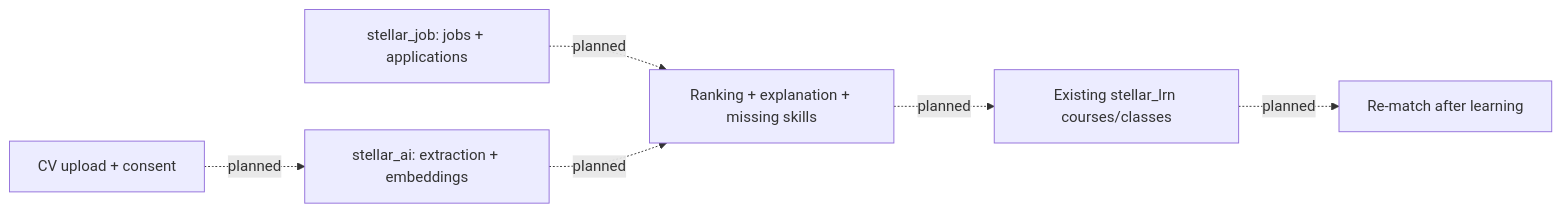
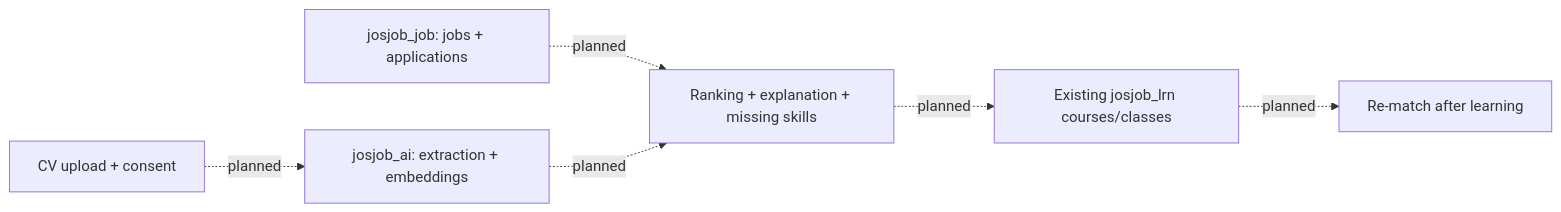
Before and after one commit to ZygmaCore/JosJob: the third of 3 diagrams in docs/PROJECT_MAP.md, drawn with Mermaid. The commit also changed other lines of this file and 1263 other files, not shown here.

Commit message:
refactor: rename Stellar applications and branding to JosJob

````diff
--- a/docs/PROJECT_MAP.md
+++ b/docs/PROJECT_MAP.md
@@ -166,8 +172,8 @@
 ```mermaid
 flowchart LR
-  cv[CV upload + consent] -. planned .-> analysis[stellar_ai: extraction + embeddings]
-  jobs[stellar_job: jobs + applications] -. planned .-> ranking[Ranking + explanation + missing skills]
+  cv[CV upload + consent] -. planned .-> analysis[josjob_ai: extraction + embeddings]
+  jobs[josjob_job: jobs + applications] -. planned .-> ranking[Ranking + explanation + missing skills]
   analysis -. planned .-> ranking
-  ranking -. planned .-> learning[Existing stellar_lrn courses/classes]
+  ranking -. planned .-> learning[Existing josjob_lrn courses/classes]
   learning -. planned .-> rematch[Re-match after learning]
 ```
````
